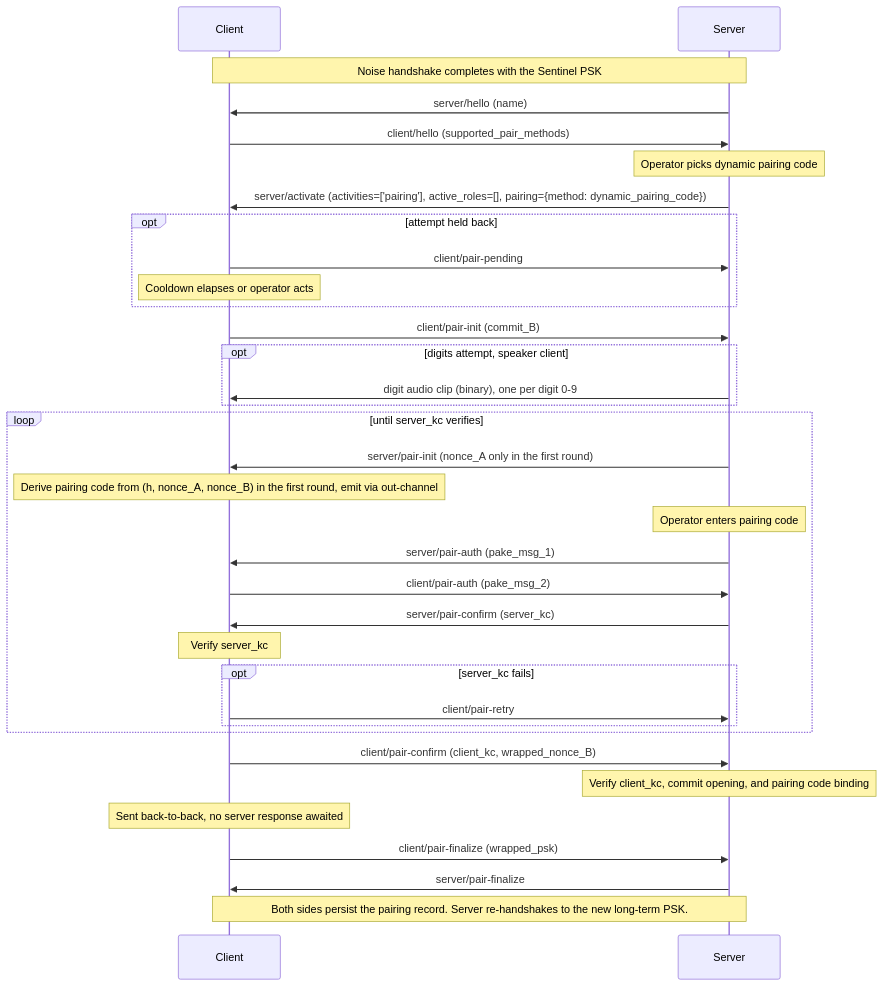
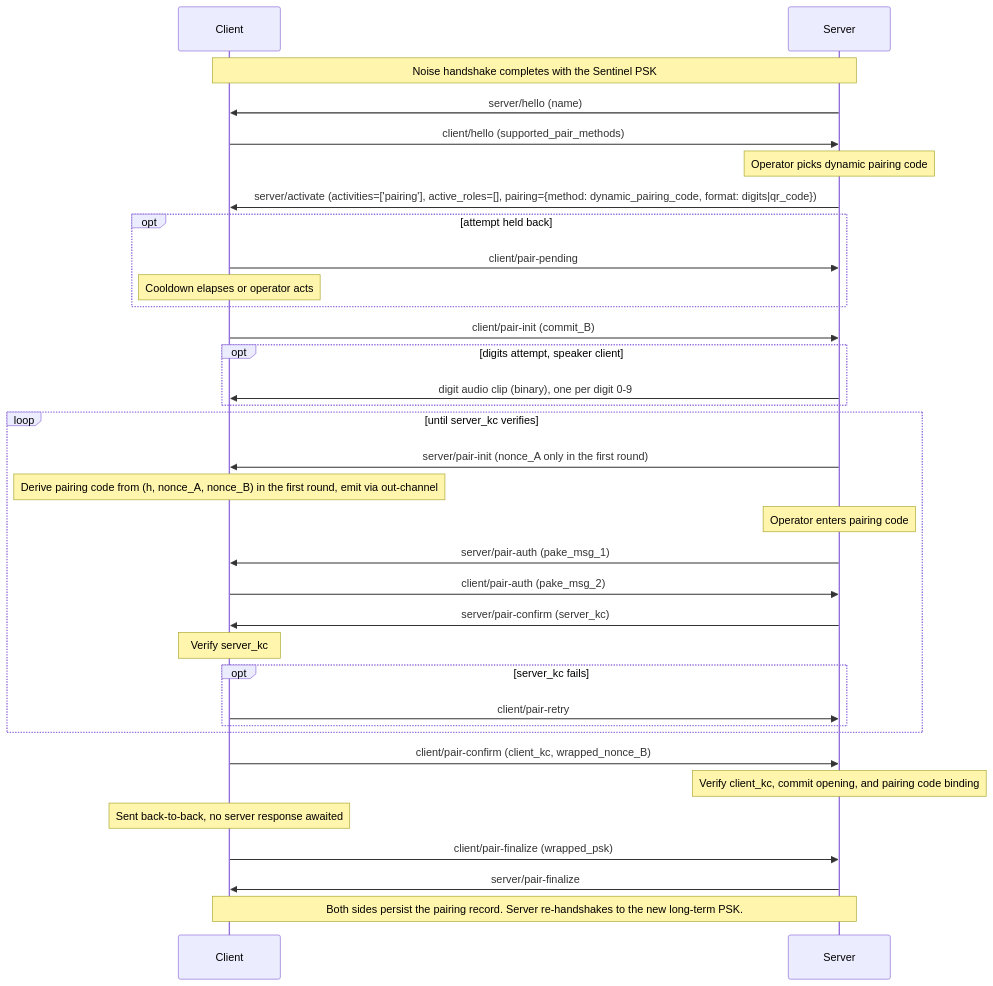
Before and after one commit to Sendspin-Protocol/spec: the third of 4 diagrams in README.md, drawn with Mermaid. The commit also changed 1 other file, not shown here.

Commit message:
docs: include format in the dynamic pairing diagram

````diff
--- a/README.md
+++ b/README.md
@@ -824,38 +824,38 @@
 ```mermaid
 sequenceDiagram
     participant Client
     participant Server
 
     Note over Client,Server: Noise handshake completes with the Sentinel PSK
 
     Server->>Client: server/hello (name)
     Client->>Server: client/hello (supported_pair_methods)
     Note over Server: Operator picks dynamic pairing code
-    Server->>Client: server/activate (activities=['pairing'], active_roles=[], pairing={method: dynamic_pairing_code})
+    Server->>Client: server/activate (activities=['pairing'], active_roles=[], pairing={method: dynamic_pairing_code, format: digits|qr_code})
     opt attempt held back
         Client->>Server: client/pair-pending
         Note over Client: Cooldown elapses or operator acts
     end
     Client->>Server: client/pair-init (commit_B)
     opt digits attempt, speaker client
         Server->>Client: digit audio clip (binary), one per digit 0-9
     end
     loop until server_kc verifies
         Server->>Client: server/pair-init (nonce_A only in the first round)
         Note over Client: Derive pairing code from (h, nonce_A, nonce_B) in the first round, emit via out-channel
         Note over Server: Operator enters pairing code
         Server->>Client: server/pair-auth (pake_msg_1)
         Client->>Server: client/pair-auth (pake_msg_2)
         Server->>Client: server/pair-confirm (server_kc)
         Note over Client: Verify server_kc
         opt server_kc fails
             Client->>Server: client/pair-retry
         end
     end
     Client->>Server: client/pair-confirm (client_kc, wrapped_nonce_B)
     Note over Server: Verify client_kc, commit opening, and pairing code binding
     Note over Client: Sent back-to-back, no server response awaited
     Client->>Server: client/pair-finalize (wrapped_psk)
     Server->>Client: server/pair-finalize
     Note over Client,Server: Both sides persist the pairing record. Server re-handshakes to the new long-term PSK.
 ```
````
